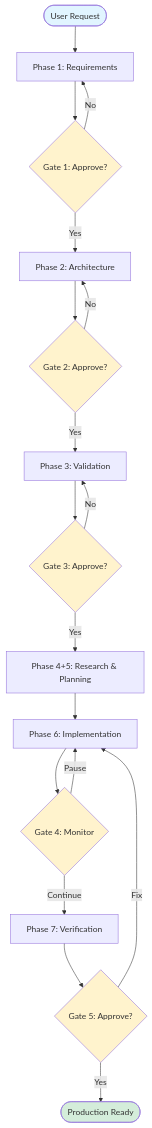
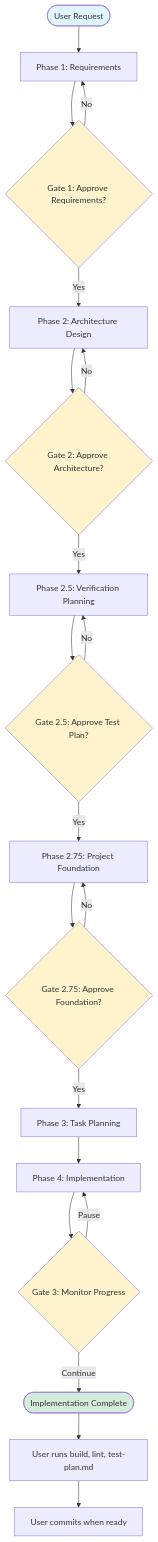
The first of 3 diagrams in octocode-claude-plugin/docs/FLOW.md (bgauryy/octocode-mcp), drawn with Mermaid before and after one commit. The commit also changed other lines of this file and 17 other files, not shown here.

````diff
--- a/octocode-claude-plugin/docs/FLOW.md
+++ b/octocode-claude-plugin/docs/FLOW.md
@@ -15,28 +36,30 @@
 ```mermaid
 flowchart TD
     Start([User Request]) --> P1[Phase 1: Requirements]
-    P1 --> G1{Gate 1: Approve?}
+    P1 --> G1{Gate 1: Approve Requirements?}
     G1 -->|No| P1
-    G1 -->|Yes| P2[Phase 2: Architecture]
-    P2 --> G2{Gate 2: Approve?}
+    G1 -->|Yes| P2[Phase 2: Architecture Design]
+    P2 --> G2{Gate 2: Approve Architecture?}
     G2 -->|No| P2
-    G2 -->|Yes| P3[Phase 3: Validation]
-    P3 --> G3{Gate 3: Approve?}
-    G3 -->|No| P3
-    G3 -->|Yes| P4P5[Phase 4+5: Research & Planning]
-    P4P5 --> P6[Phase 6: Implementation]
-    P6 --> G4{Gate 4: Monitor}
-    G4 -->|Pause| P6
-    G4 -->|Continue| P7[Phase 7: Verification]
-    P7 --> G5{Gate 5: Approve?}
-    G5 -->|Fix| P6
-    G5 -->|Yes| End([Production Ready])
+    G2 -->|Yes| P2_5[Phase 2.5: Verification Planning]
+    P2_5 --> G2_5{Gate 2.5: Approve Test Plan?}
+    G2_5 -->|No| P2_5
+    G2_5 -->|Yes| P2_75[Phase 2.75: Project Foundation]
+    P2_75 --> G2_75{Gate 2.75: Approve Foundation?}
+    G2_75 -->|No| P2_75
+    G2_75 -->|Yes| P3[Phase 3: Task Planning]
+    P3 --> P4[Phase 4: Implementation]
+    P4 --> G3{Gate 3: Monitor Progress}
+    G3 -->|Pause| P4
+    G3 -->|Continue| End([Implementation Complete])
+    End --> Manual[User runs build, lint, test-plan.md]
+    Manual --> Commit[User commits when ready]
 
     style Start fill:#e1f5ff
     style End fill:#d4edda
     style G1 fill:#fff3cd
     style G2 fill:#fff3cd
+    style G2_5 fill:#fff3cd
+    style G2_75 fill:#fff3cd
     style G3 fill:#fff3cd
-    style G4 fill:#fff3cd
-    style G5 fill:#fff3cd
 ```
````
